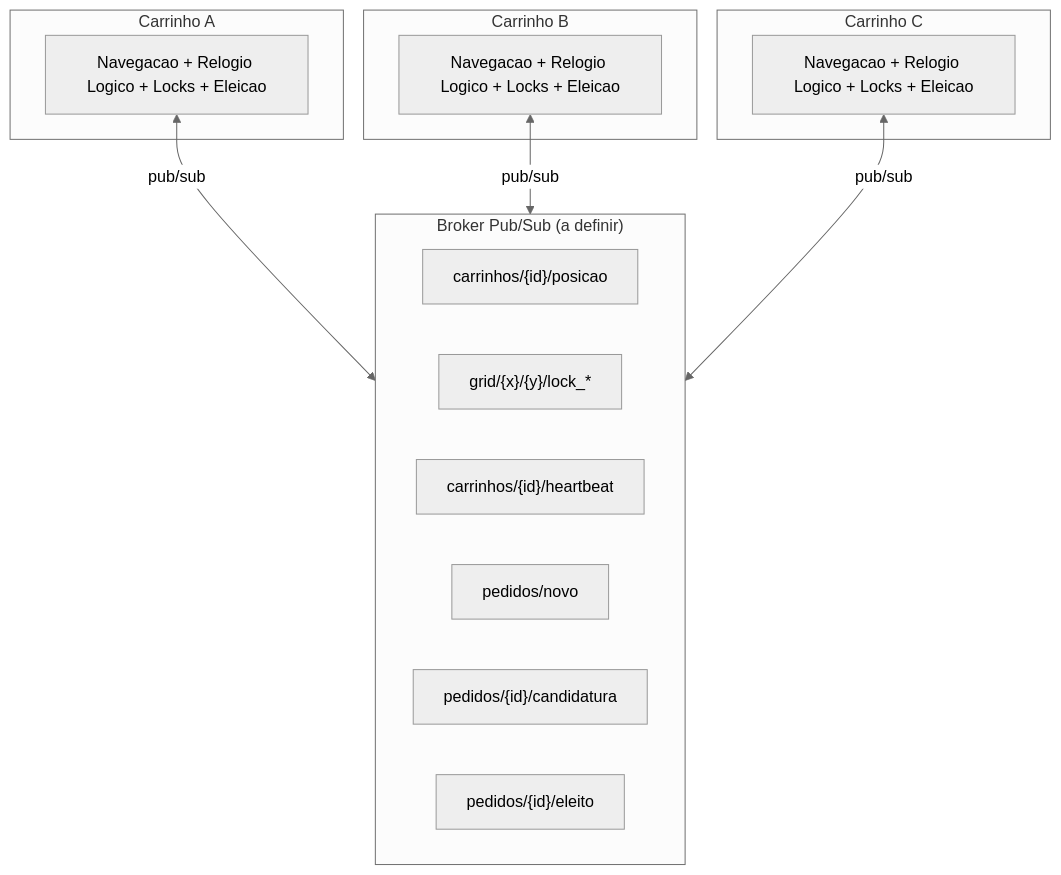
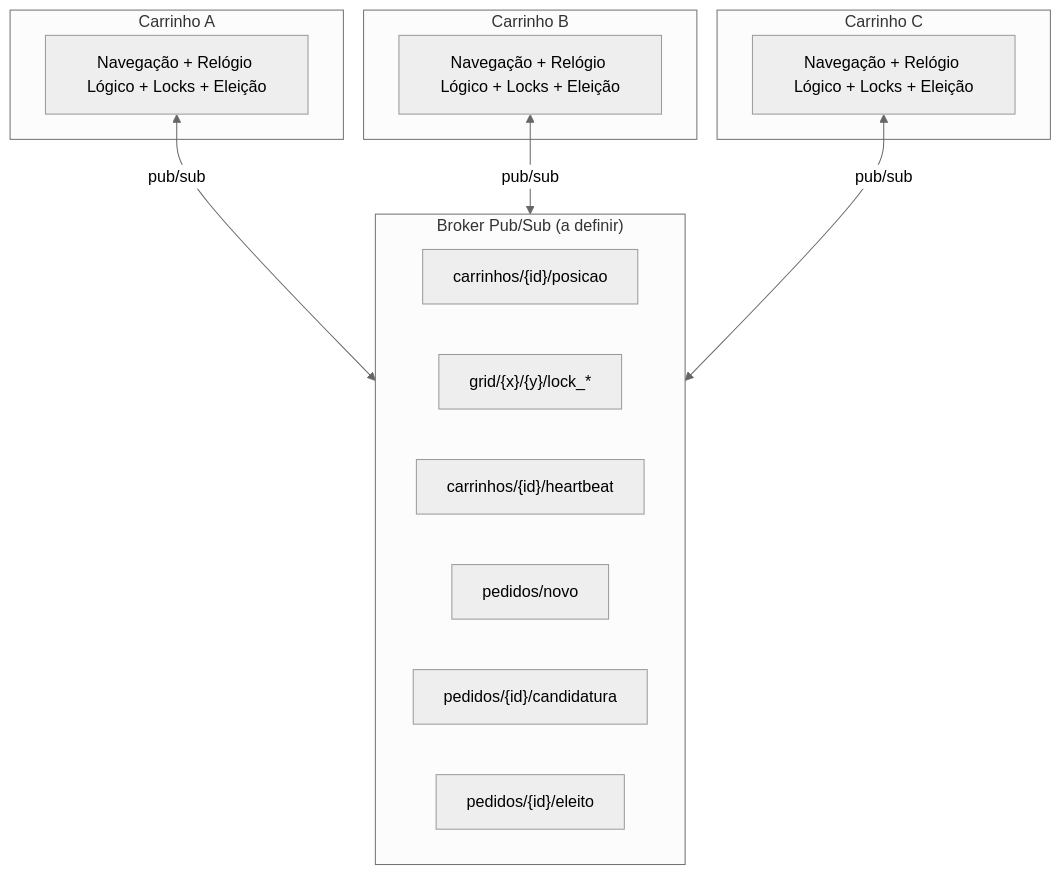
One commit to kaualimadesouza/EP_DSID changed the fifth of 5 diagrams in docs/PLANNING.md. Above: the diagram before and after it, drawn with Mermaid (neutral theme). The commit also changed other lines of this file and 5 other files, not shown here.

````diff
--- a/docs/PLANNING.md
+++ b/docs/PLANNING.md
@@ -155,27 +171,27 @@
 ```mermaid
 graph TB
     subgraph Broker["Broker Pub/Sub (a definir)"]
         T1["carrinhos/{id}/posicao"]
         T2["grid/{x}/{y}/lock_*"]
         T3["carrinhos/{id}/heartbeat"]
         T4["pedidos/novo"]
         T5["pedidos/{id}/candidatura"]
         T6["pedidos/{id}/eleito"]
     end
 
     subgraph A["Carrinho A"]
-        A1["Navegacao + Relogio Logico + Locks + Eleicao"]
+        A1["Navegação + Relógio Lógico + Locks + Eleição"]
     end
 
     subgraph B["Carrinho B"]
-        B1["Navegacao + Relogio Logico + Locks + Eleicao"]
+        B1["Navegação + Relógio Lógico + Locks + Eleição"]
     end
 
     subgraph C["Carrinho C"]
-        C1["Navegacao + Relogio Logico + Locks + Eleicao"]
+        C1["Navegação + Relógio Lógico + Locks + Eleição"]
     end
 
     A1 <-->|pub/sub| Broker
     B1 <-->|pub/sub| Broker
     C1 <-->|pub/sub| Broker
 ```
````
